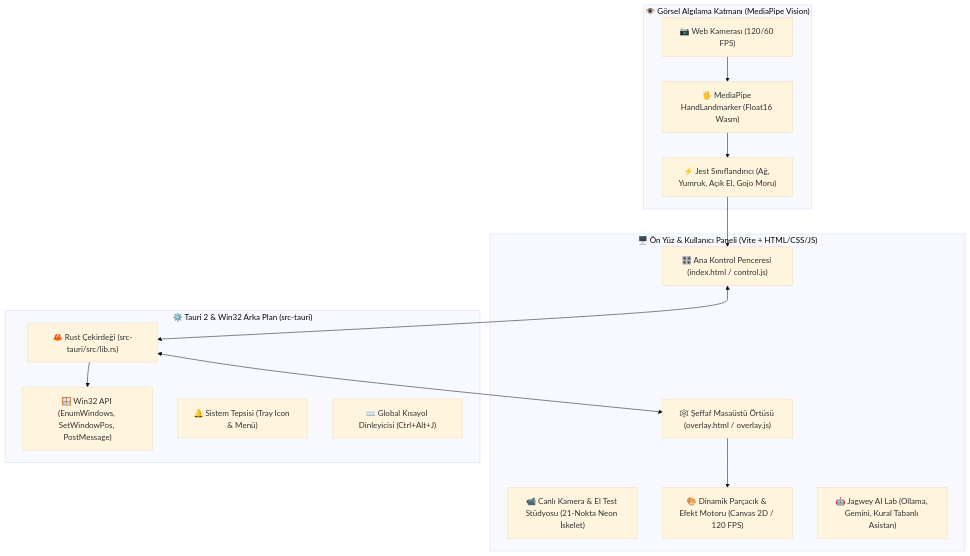
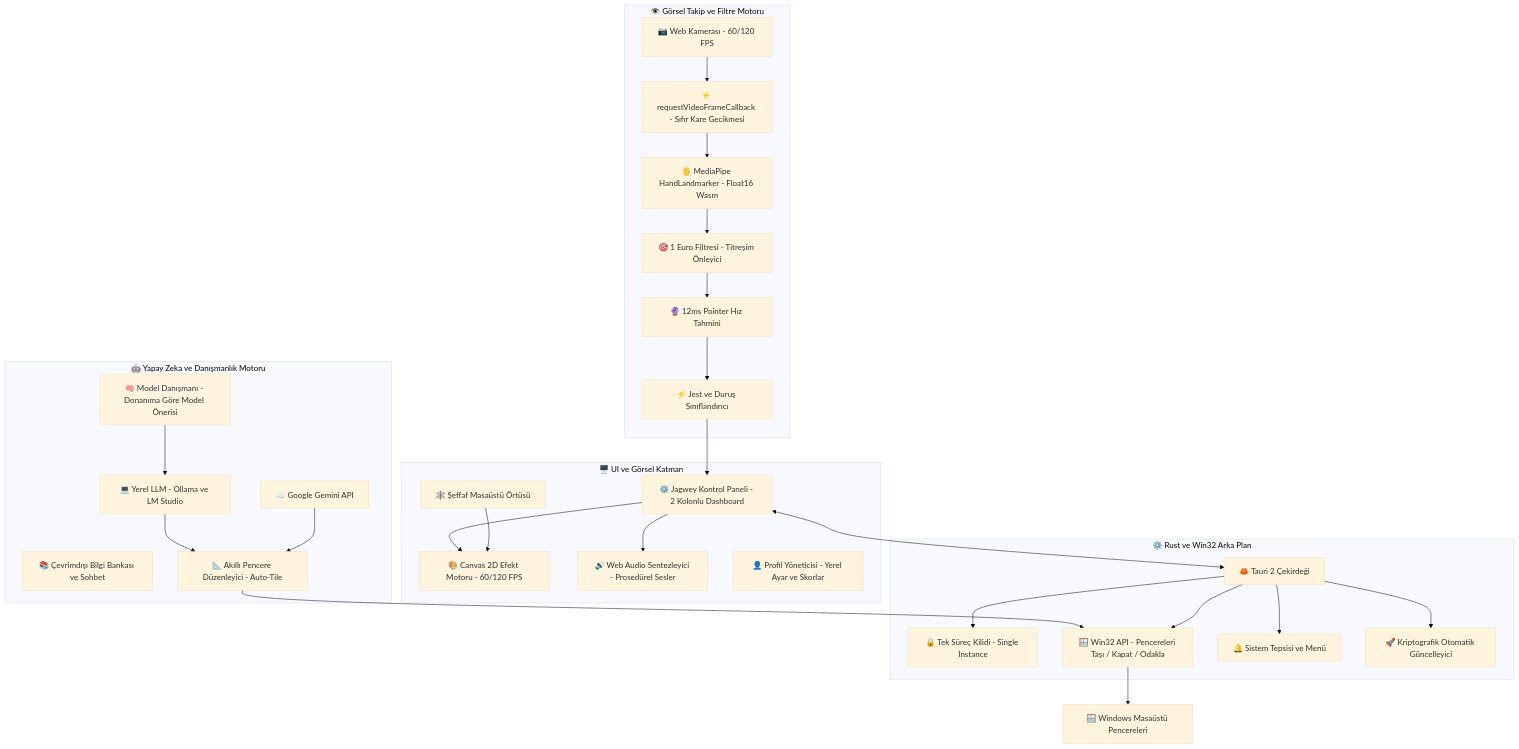
The diagram in progress.mmd (jagwey/web-shooter), drawn with Mermaid (base theme) before and after one commit. The commit also changed other lines of this file and 32 other files, not shown here.

Commit message:
docs: comprehensive visual README with chronological evolution (v0.1.0 to v0.1.5) and architecture flowcharts

````diff
--- a/progress.mmd
+++ b/progress.mmd
@@ -13,30 +1,49 @@
-```mermaid
 flowchart TD
-    subgraph Frontend["🖥️ Ön Yüz & Kullanıcı Paneli (Vite + HTML/CSS/JS)"]
-        Control["🎛️ Ana Kontrol Penceresi (index.html / control.js)"]
-        Overlay["🕸️ Şeffaf Masaüstü Örtüsü (overlay.html / overlay.js)"]
-        LiveStudio["📹 Canlı Kamera & El Test Stüdyosu (21-Nokta Neon İskelet)"]
-        FXEngine["🎨 Dinamik Parçacık & Efekt Motoru (Canvas 2D / 120 FPS)"]
-        AISuite["🤖 Jagwey AI Lab (Ollama, Gemini, Kural Tabanlı Asistan)"]
+    subgraph UI["🖥️ UI ve Görsel Katman"]
+        Overlay["🕸️ Şeffaf Masaüstü Örtüsü"]
+        Canvas["🎨 Canvas 2D Efekt Motoru - 60/120 FPS"]
+        Control["⚙️ Jagwey Kontrol Paneli - 2 Kolonlu Dashboard"]
+        Audio["🔊 Web Audio Sentezleyici - Prosedürel Sesler"]
+        Profiles["👤 Profil Yöneticisi - Yerel Ayar ve Skorlar"]
+        Overlay --> Canvas
     end
 
-    subgraph Vision["👁️ Görsel Algılama Katmanı (MediaPipe Vision)"]
-        Webcam["📷 Web Kamerası (120/60 FPS)"]
-        HandLandmarker["🖐️ MediaPipe HandLandmarker (Float16 Wasm)"]
-        Classifier["⚡ Jest Sınıflandırıcı (Ağ, Yumruk, Açık El, Gojo Moru)"]
-        Webcam --> HandLandmarker --> Classifier
+    subgraph AI["🤖 Yapay Zeka ve Danışmanlık Motoru"]
+        Advisor["🧠 Model Danışmanı - Donanıma Göre Model Önerisi"]
+        Guide["📚 Çevrimdışı Bilgi Bankası ve Sohbet"]
+        Gemini["☁️ Google Gemini API"]
+        Ollama["💻 Yerel LLM - Ollama ve LM Studio"]
+        Tiler["📐 Akıllı Pencere Düzenleyici - Auto-Tile"]
+        Advisor --> Ollama
+        Gemini --> Tiler
+        Ollama --> Tiler
     end
 
-    subgraph Backend["⚙️ Tauri 2 & Win32 Arka Plan (src-tauri)"]
-        RustLib["🦀 Rust Çekirdeği (src-tauri/src/lib.rs)"]
-        Win32Bridge["🪟 Win32 API (EnumWindows, SetWindowPos, PostMessage)"]
-        Tray["🔔 Sistem Tepsisi (Tray Icon & Menü)"]
-        Hotkeys["⌨️ Global Kısayol Dinleyicisi (Ctrl+Alt+J)"]
+    subgraph Vision["👁️ Görsel Takip ve Filtre Motoru"]
+        Webcam["📷 Web Kamerası - 60/120 FPS"]
+        RVFC["⚡ requestVideoFrameCallback - Sıfır Kare Gecikmesi"]
+        Landmarker["🖐️ MediaPipe HandLandmarker - Float16 Wasm"]
+        EuroFilter["🎯 1 Euro Filtresi - Titreşim Önleyici"]
+        Predictor["🔮 12ms Pointer Hız Tahmini"]
+        Classifier["⚡ Jest ve Duruş Sınıflandırıcı"]
+        Webcam --> RVFC --> Landmarker --> EuroFilter --> Predictor --> Classifier
+    end
+
+    subgraph Native["⚙️ Rust ve Win32 Arka Plan"]
+        Core["🦀 Tauri 2 Çekirdeği"]
+        SingleInstance["🔒 Tek Süreç Kilidi - Single Instance"]
+        Win32["🪟 Win32 API - Pencereleri Taşı / Kapat / Odakla"]
+        Tray["🔔 Sistem Tepsisi ve Menü"]
+        Updater["🚀 Kriptografik Otomatik Güncelleyici"]
+        Core --> SingleInstance
+        Core --> Win32
+        Core --> Tray
+        Core --> Updater
     end
 
     Classifier --> Control
-    Control <--> RustLib
-    RustLib --> Win32Bridge
-    RustLib <--> Overlay
-    Overlay --> FXEngine
-```
+    Control --> Canvas
+    Control --> Audio
+    Control <--> Core
+    Tiler --> Win32
+    Win32 --> OS["🪟 Windows Masaüstü Pencereleri"]
````
